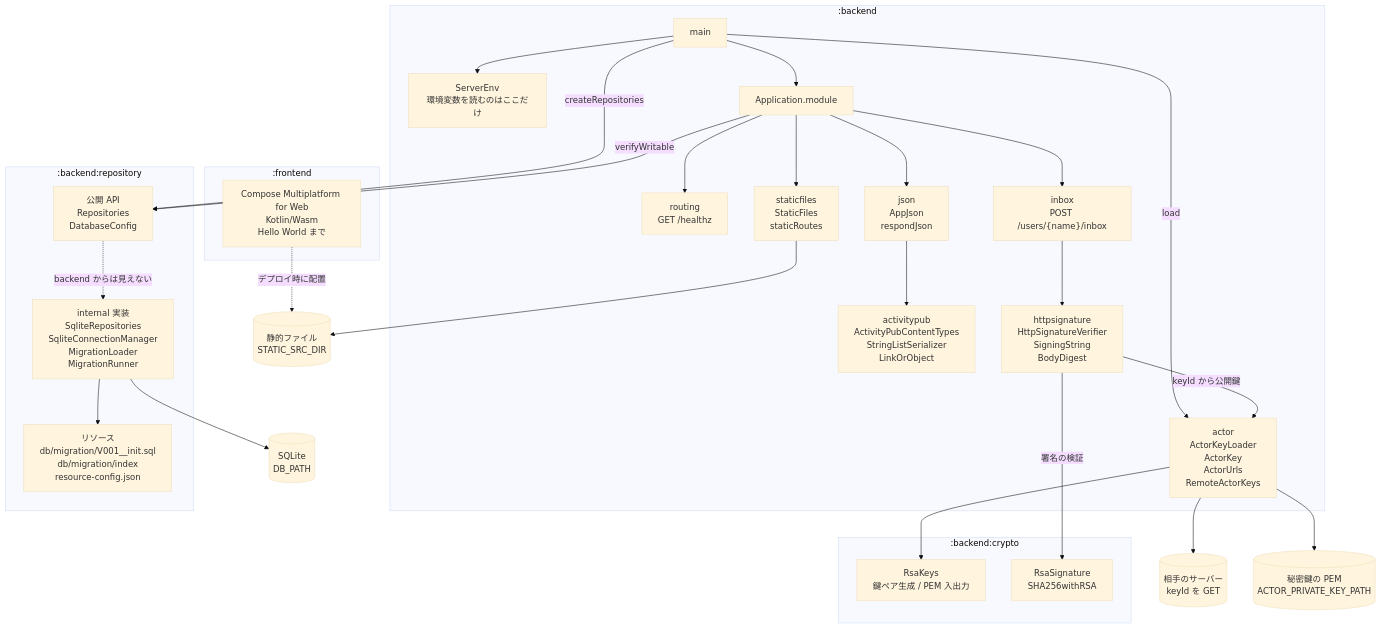
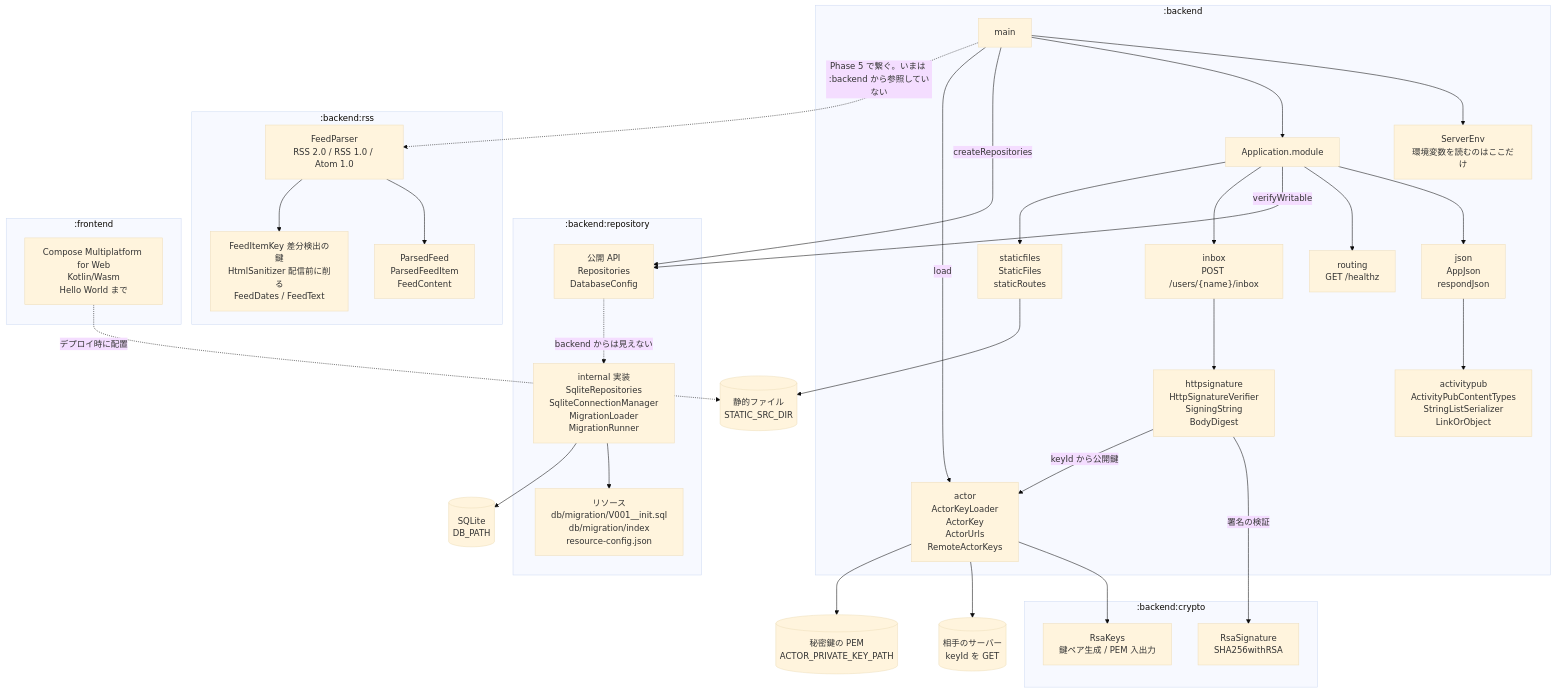
The diagram in README.md (matsudamper/mastodon-rss), drawn with Mermaid (base theme) before and after one commit. The commit also changed other lines of this file and 22 other files, not shown here.

First line of the commit message:
RSS/Atom の解析を :backend:rss として追加する

````diff
--- a/README.md
+++ b/README.md
@@ -14,57 +17,66 @@
 ```mermaid
 flowchart TB
     subgraph backend[":backend"]
         main["main"]
         env["ServerEnv<br/>環境変数を読むのはここだけ"]
         module["Application.module"]
         route["routing<br/>GET /healthz"]
         json["json<br/>AppJson<br/>respondJson"]
         ap["activitypub<br/>ActivityPubContentTypes<br/>StringListSerializer<br/>LinkOrObject"]
         actor["actor<br/>ActorKeyLoader<br/>ActorKey<br/>ActorUrls<br/>RemoteActorKeys"]
         inbox["inbox<br/>POST /users/{name}/inbox"]
         sig["httpsignature<br/>HttpSignatureVerifier<br/>SigningString<br/>BodyDigest"]
         static["staticfiles<br/>StaticFiles<br/>staticRoutes"]
     end
 
     subgraph crypto[":backend:crypto"]
         keys["RsaKeys<br/>鍵ペア生成 / PEM 入出力"]
         sign["RsaSignature<br/>SHA256withRSA"]
     end
 
     subgraph repository[":backend:repository"]
         api["公開 API<br/>Repositories<br/>DatabaseConfig"]
         impl["internal 実装<br/>SqliteRepositories<br/>SqliteConnectionManager<br/>MigrationLoader<br/>MigrationRunner"]
         res["リソース<br/>db/migration/V001__init.sql<br/>db/migration/index<br/>resource-config.json"]
+    end
+
+    subgraph rss[":backend:rss"]
+        parser["FeedParser<br/>RSS 2.0 / RSS 1.0 / Atom 1.0"]
+        feedmodel["ParsedFeed<br/>ParsedFeedItem<br/>FeedContent"]
+        feedutil["FeedItemKey 差分検出の鍵<br/>HtmlSanitizer 配信前に削る<br/>FeedDates / FeedText"]
     end
 
     subgraph frontend[":frontend"]
         compose["Compose Multiplatform for Web<br/>Kotlin/Wasm<br/>Hello World まで"]
     end
 
     db[("SQLite<br/>DB_PATH")]
 
     main --> env
     main --> module
     module --> json
     module --> route
     json --> ap
     main -->|createRepositories| api
     main -->|load| actor
     module -->|verifyWritable| api
     api -.->|backend からは見えない| impl
     impl --> res
     impl --> db
     actor --> keys
     module --> inbox
     inbox --> sig
     sig -->|署名の検証| sign
     sig -->|keyId から公開鍵| actor
     remote[("相手のサーバー<br/>keyId を GET")]
     actor --> remote
     key[("秘密鍵の PEM<br/>ACTOR_PRIVATE_KEY_PATH")]
     actor --> key
     dist[("静的ファイル<br/>STATIC_SRC_DIR")]
     module --> static
     static --> dist
     compose -.->|デプロイ時に配置| dist
+    parser --> feedmodel
+    parser --> feedutil
+    main -.->|Phase 5 で繋ぐ。いまは :backend から参照していない| parser
 ```
````
